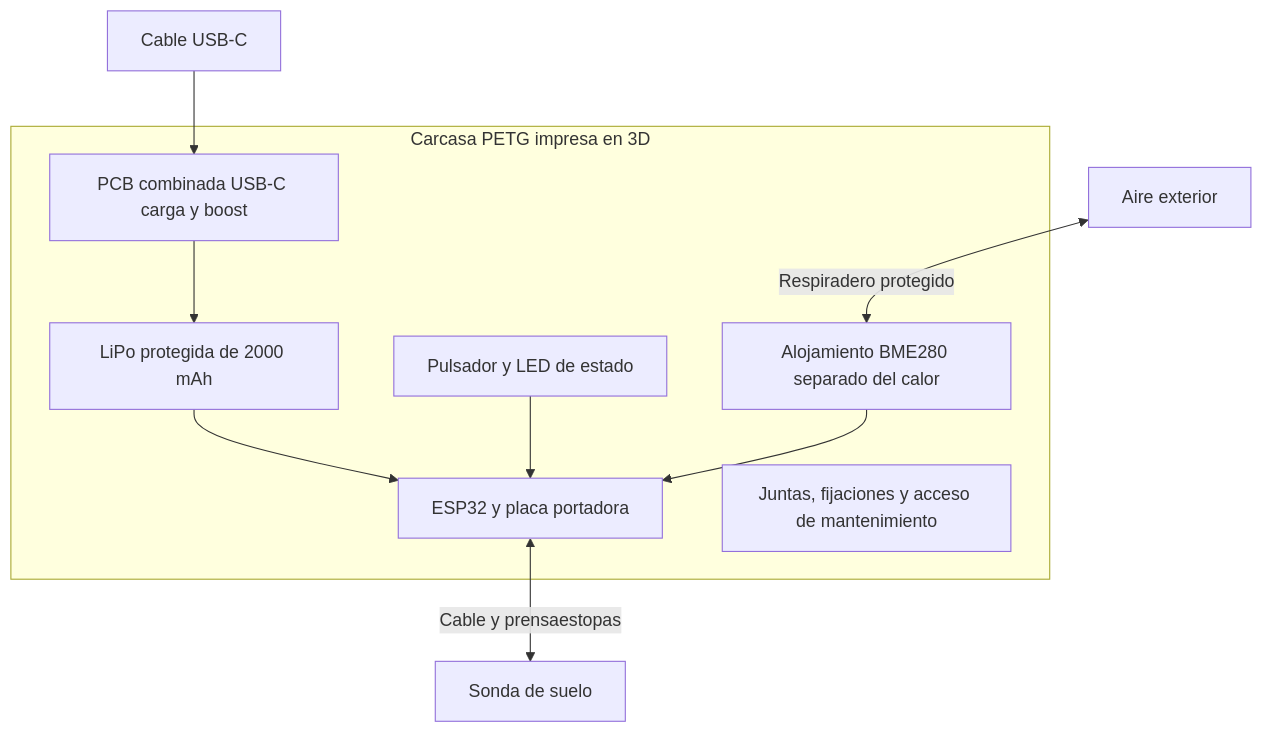
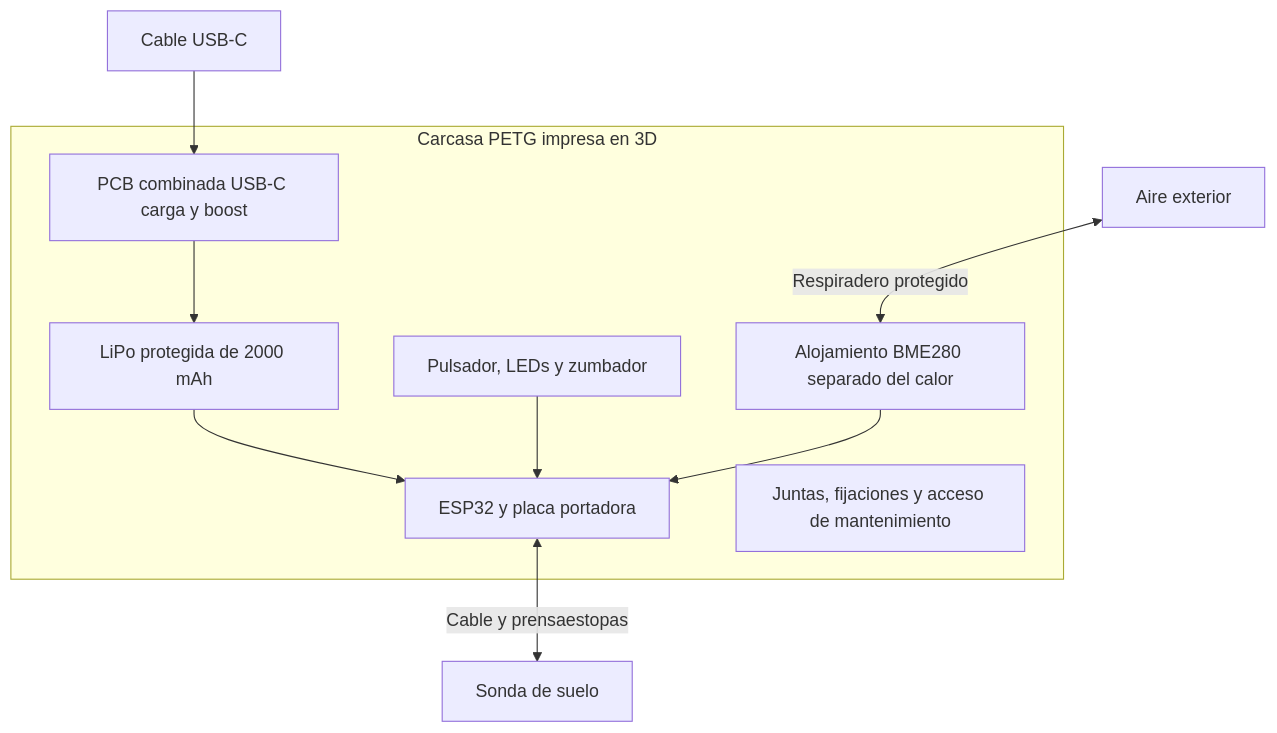
One commit to Alvarinhoooo7/TerraSence changed the tenth of 11 diagrams in docs/INFORME 1 .docx.md. Above: the diagram before and after it, drawn with Mermaid. The commit also changed other lines of this file and 13 other files, not shown here.

````diff
--- a/docs/INFORME 1 .docx.md
+++ b/docs/INFORME 1 .docx.md
@@ -1287,18 +1286,18 @@
 ```mermaid
 flowchart TB
     subgraph C[Carcasa PETG impresa en 3D]
-        U[Pulsador y LED de estado]
+        U[Pulsador, LEDs y zumbador]
         E[ESP32 y placa portadora]
         P[PCB combinada USB-C carga y boost]
         L[LiPo protegida de 2000 mAh]
         B[Alojamiento BME280 separado del calor]
         J[Juntas, fijaciones y acceso de mantenimiento]
     end
     A[Aire exterior] <-->|Respiradero protegido| B
     USB[Cable USB-C] --> P
     P --> L
     L --> E
     U --> E
     B --> E
     E <-->|Cable y prensaestopas| S[Sonda de suelo]
 ```
````
